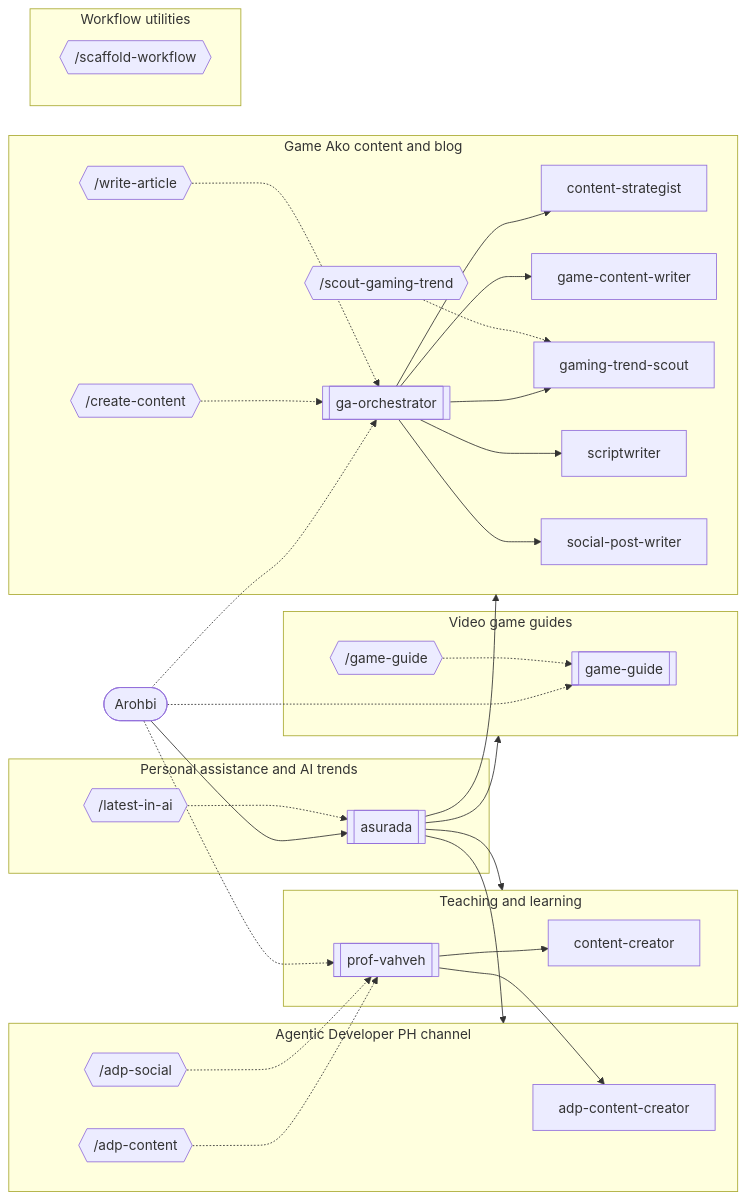
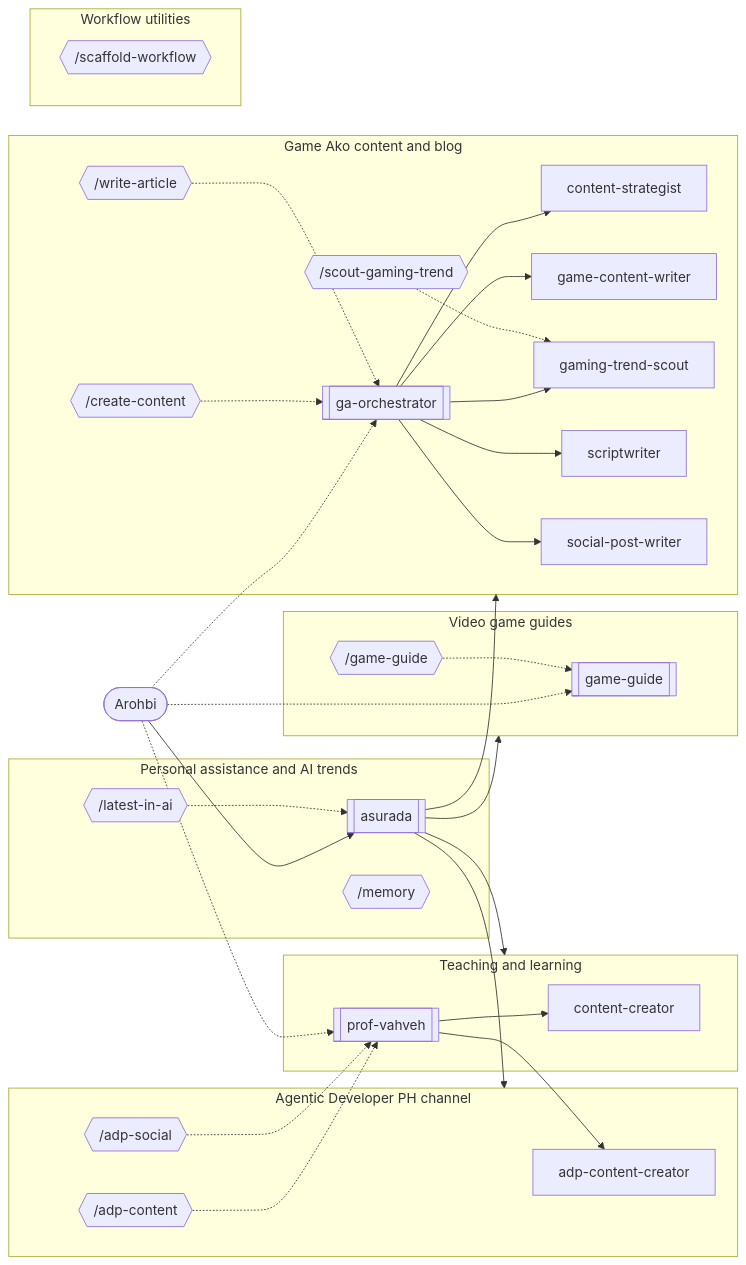
Before and after one commit to Game-Ako-Production/Personal-Agentic-Workflow: the diagram in README.md, drawn with Mermaid. The commit also changed other lines of this file and 27 other files, not shown here.

````diff
--- a/README.md
+++ b/README.md
@@ -20,57 +20,58 @@
 ```mermaid
 flowchart LR
   user([Arohbi])
   subgraph domain_personal["Personal assistance and AI trends"]
     asurada[[asurada]]
     cmd_latest_in_ai{{"/latest-in-ai"}}
+    cmd_memory{{"/memory"}}
   end
   subgraph domain_teaching["Teaching and learning"]
     content_creator[content-creator]
     prof_vahveh[[prof-vahveh]]
   end
   subgraph domain_agentic_developer_ph["Agentic Developer PH channel"]
     adp_content_creator[adp-content-creator]
     cmd_adp_content{{"/adp-content"}}
     cmd_adp_social{{"/adp-social"}}
   end
   subgraph domain_game_guide["Video game guides"]
     game_guide[[game-guide]]
     cmd_game_guide{{"/game-guide"}}
   end
   subgraph domain_game_ako["Game Ako content and blog"]
     content_strategist[content-strategist]
     ga_orchestrator[[ga-orchestrator]]
     game_content_writer[game-content-writer]
     gaming_trend_scout[gaming-trend-scout]
     scriptwriter[scriptwriter]
     social_post_writer[social-post-writer]
     cmd_create_content{{"/create-content"}}
     cmd_scout_gaming_trend{{"/scout-gaming-trend"}}
     cmd_write_article{{"/write-article"}}
   end
   subgraph domain_utility["Workflow utilities"]
     cmd_scaffold_workflow{{"/scaffold-workflow"}}
   end
   user --> asurada
   user -.-> ga_orchestrator
   user -.-> game_guide
   user -.-> prof_vahveh
   asurada --> domain_teaching
   asurada --> domain_agentic_developer_ph
   asurada --> domain_game_guide
   asurada --> domain_game_ako
   ga_orchestrator --> content_strategist
   ga_orchestrator --> scriptwriter
   ga_orchestrator --> social_post_writer
   ga_orchestrator --> game_content_writer
   ga_orchestrator --> gaming_trend_scout
   prof_vahveh --> content_creator
   prof_vahveh --> adp_content_creator
   cmd_adp_content -.-> prof_vahveh
   cmd_adp_social -.-> prof_vahveh
   cmd_create_content -.-> ga_orchestrator
   cmd_game_guide -.-> game_guide
   cmd_latest_in_ai -.-> asurada
   cmd_scout_gaming_trend -.-> gaming_trend_scout
   cmd_write_article -.-> ga_orchestrator
 ```
````
